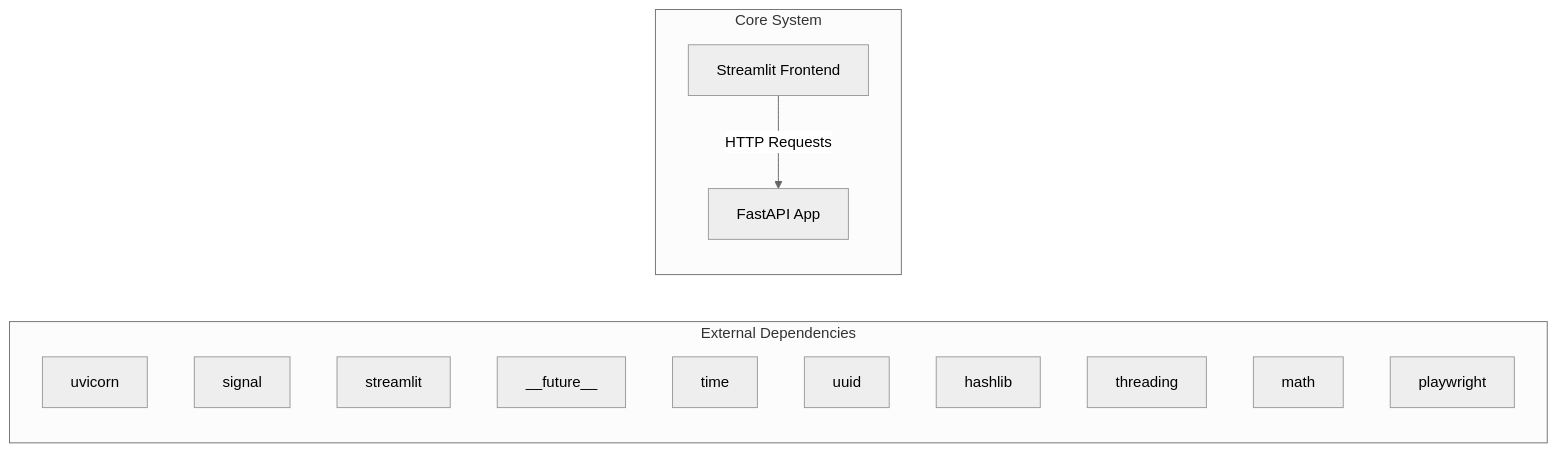
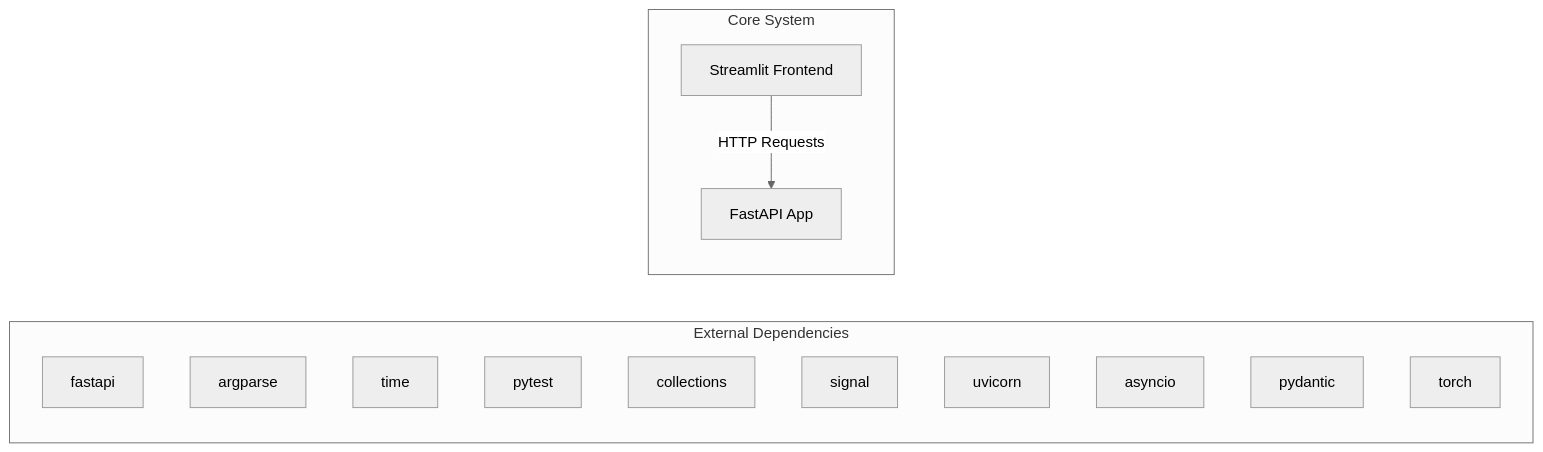
The first of 2 diagrams in docs/architecture.md (NITISH-R-G/rag-context-optimizer), drawn with Mermaid (neutral theme) before and after one commit. The commit also changed 1 other file, not shown here.

Commit message:
docs: auto-update repository knowledge, architecture diagrams, and documentation

````diff
--- a/docs/architecture.md
+++ b/docs/architecture.md
@@ -7,20 +7,20 @@
 ```mermaid
 graph LR
     subgraph External Dependencies
-        E0["uvicorn"]
-        E1["signal"]
-        E2["streamlit"]
-        E3["__future__"]
-        E4["time"]
-        E5["uuid"]
-        E6["hashlib"]
-        E7["threading"]
-        E8["math"]
-        E9["playwright"]
+        E0["fastapi"]
+        E1["argparse"]
+        E2["time"]
+        E3["pytest"]
+        E4["collections"]
+        E5["signal"]
+        E6["uvicorn"]
+        E7["asyncio"]
+        E8["pydantic"]
+        E9["torch"]
     end
     subgraph Core System
         API["FastAPI App"]
         UI["Streamlit Frontend"]
     end
     UI -->|HTTP Requests| API
 ```
````
